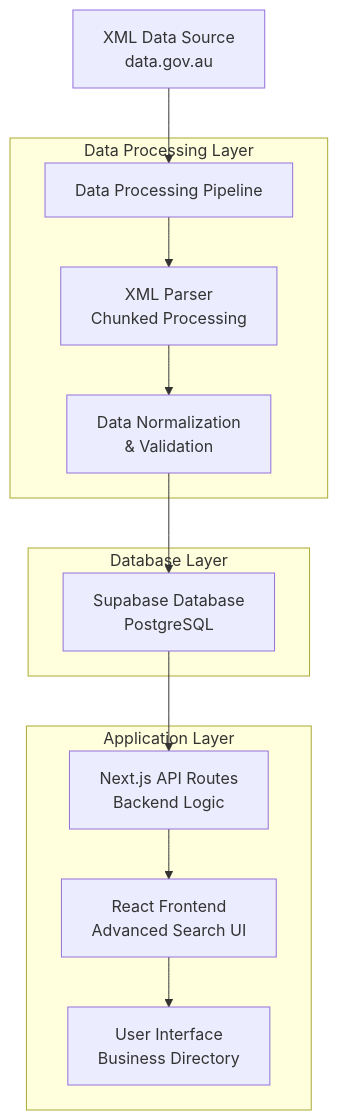
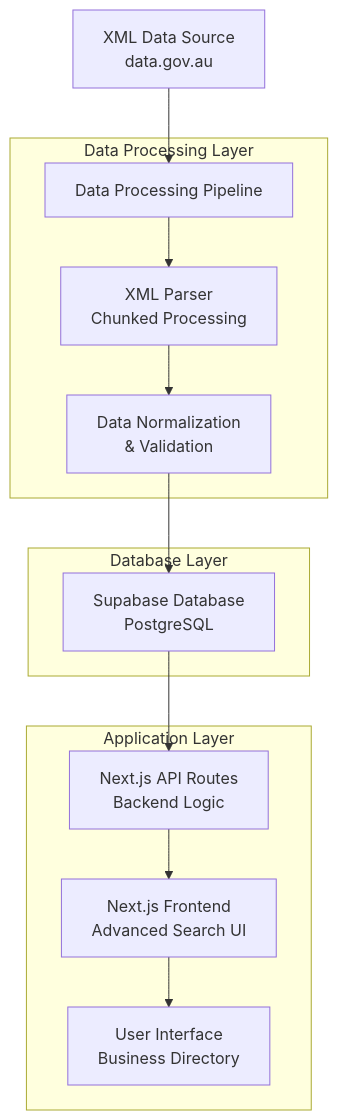
One commit to Sharmil001/Firmable-Assessment changed the diagram in README.md. Above: the diagram before and after it, drawn with Mermaid.

Commit message:
updated REAME.md file

````diff
--- a/README.md
+++ b/README.md
@@ -11,27 +11,27 @@
 ```mermaid
 graph TB
     A[XML Data Source<br/>data.gov.au] --> B[Data Processing Pipeline]
     B --> C[XML Parser<br/>Chunked Processing]
     C --> D[Data Normalization<br/>& Validation]
     D --> E[Supabase Database<br/>PostgreSQL]
     
     E --> F[Next.js API Routes<br/>Backend Logic]
-    F --> G[React Frontend<br/>Advanced Search UI]
+    F --> G[Next.js Frontend<br/>Advanced Search UI]
     G --> H[User Interface<br/>Business Directory]
     
     subgraph "Data Processing Layer"
         B
         C
         D
     end
     
     subgraph "Application Layer"
         F
         G
         H
     end
     
     subgraph "Database Layer"
         E
     end
 ```
````
